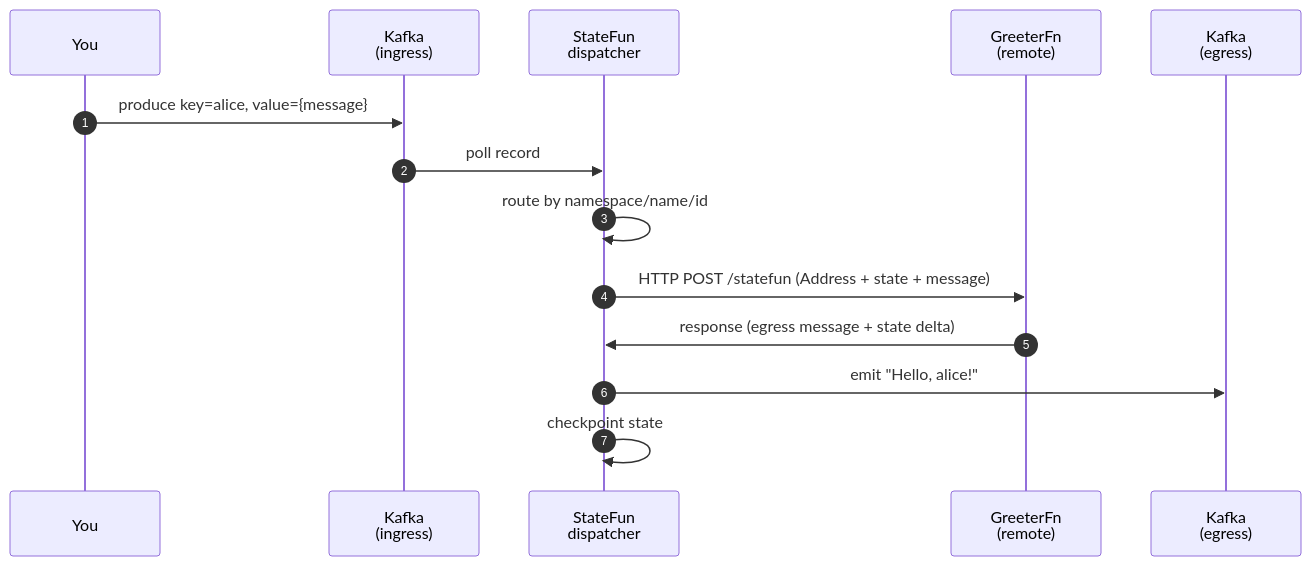
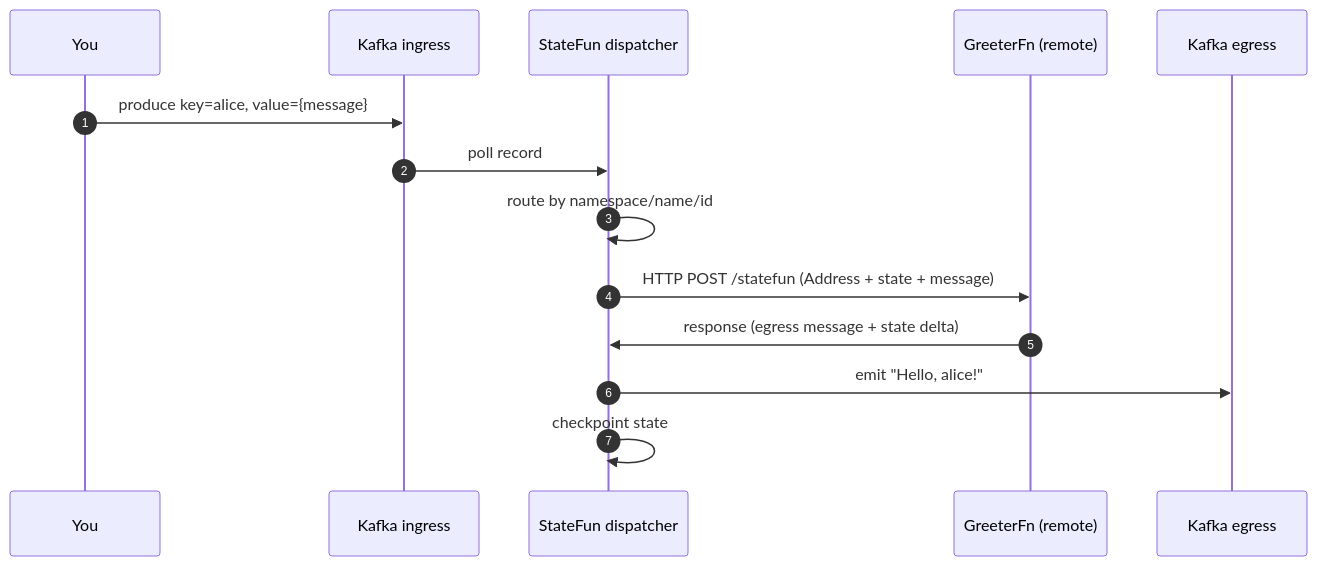
The diagram in docs/quickstart.md (kzmlabs/flink-statefun), drawn with Mermaid before and after one commit. The commit also changed 7 other files, not shown here.

First line of the commit message:
fix(docs): quote mermaid node/edge labels with special chars

````diff
--- a/docs/quickstart.md
+++ b/docs/quickstart.md
@@ -103,17 +103,17 @@
 ```mermaid
 sequenceDiagram
     autonumber
     participant You
-    participant K as Kafka<br/>(ingress)
-    participant SF as StateFun<br/>dispatcher
-    participant Fn as GreeterFn<br/>(remote)
-    participant E as Kafka<br/>(egress)
+    participant K as Kafka ingress
+    participant SF as StateFun dispatcher
+    participant Fn as GreeterFn (remote)
+    participant E as Kafka egress
 
     You->>K: produce key=alice, value={message}
     K->>SF: poll record
     SF->>SF: route by namespace/name/id
     SF->>Fn: HTTP POST /statefun (Address + state + message)
     Fn->>SF: response (egress message + state delta)
     SF->>E: emit "Hello, alice!"
     SF->>SF: checkpoint state
 ```
````
